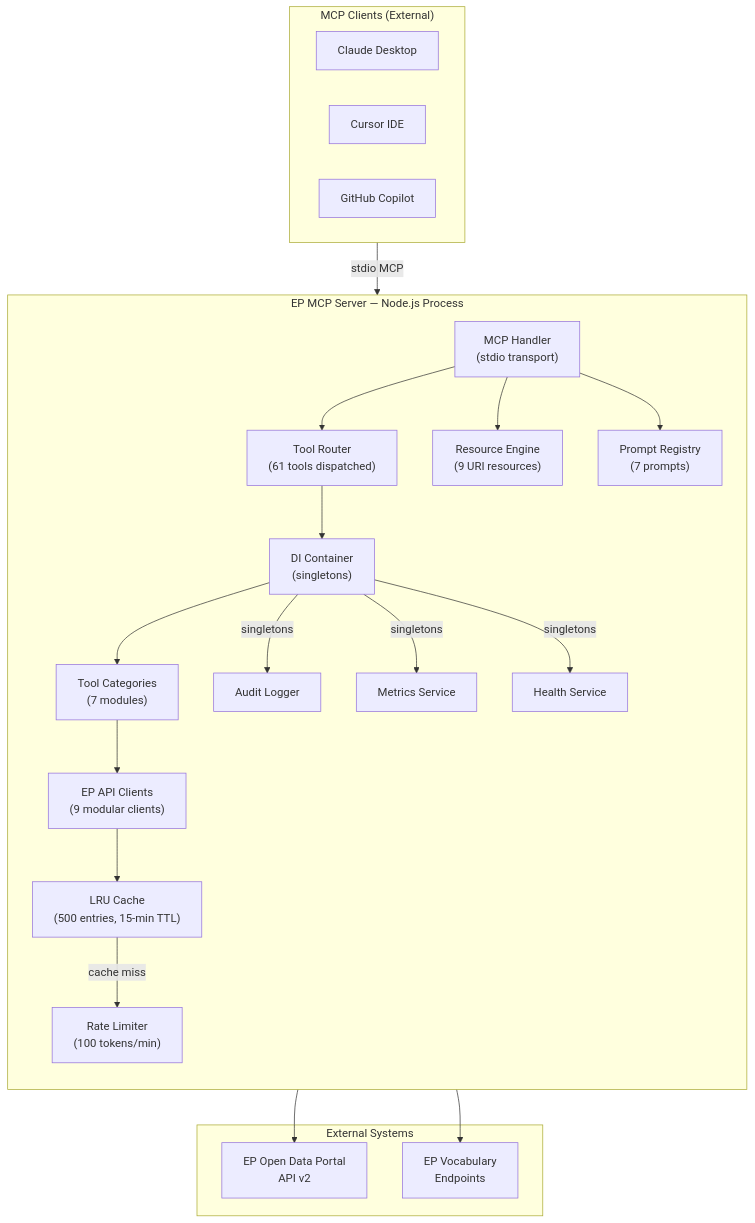
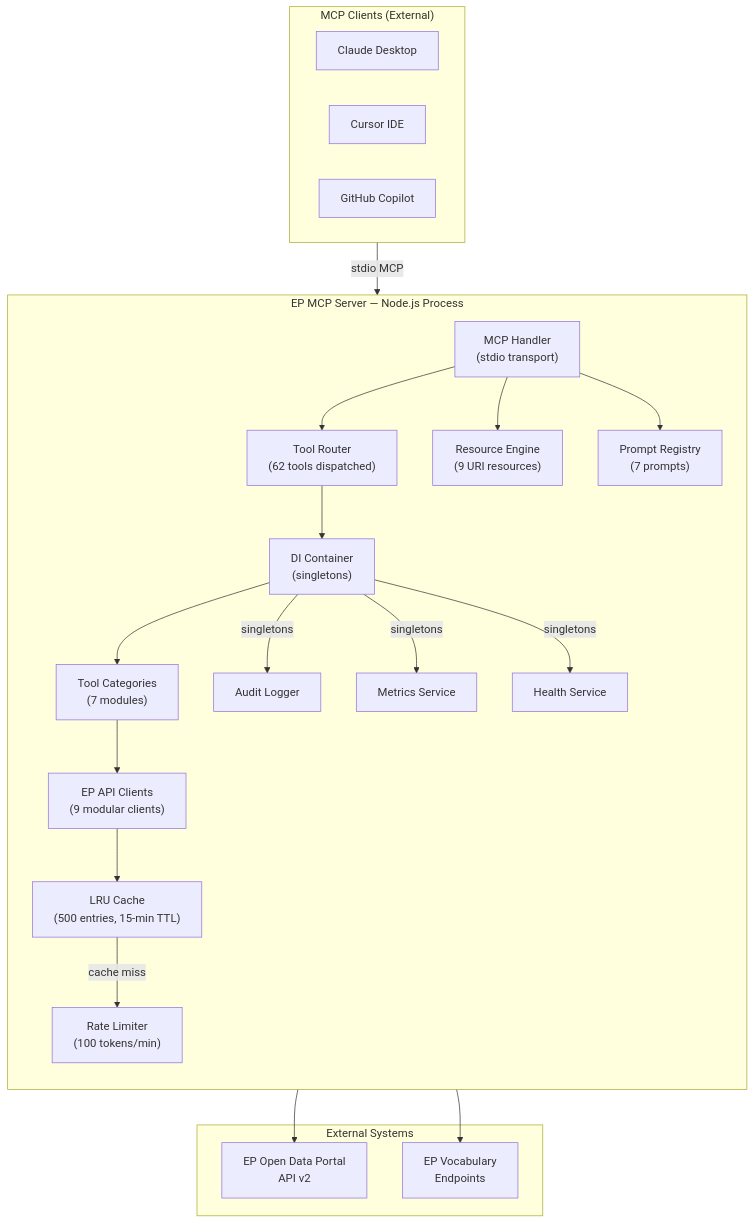
One commit to Hack23/European-Parliament-MCP-Server changed the second of 4 diagrams in api-markdown/documents/ARCHITECTURE.md. Above: the diagram before and after it, drawn with Mermaid. The commit also changed other lines of this file and 1848 other files, not shown here.

````diff
--- a/api-markdown/documents/ARCHITECTURE.md
+++ b/api-markdown/documents/ARCHITECTURE.md
@@ -109,44 +109,44 @@
 ```mermaid
 flowchart TD
     subgraph MCPClients["MCP Clients (External)"]
         CC["Claude Desktop"]
         CU["Cursor IDE"]
         CO["GitHub Copilot"]
     end
 
     subgraph EPMCPServer["EP MCP Server — Node.js Process"]
         direction TB
         MH["MCP Handler\n(stdio transport)"]
-        TR["Tool Router\n(61 tools dispatched)"]
+        TR["Tool Router\n(62 tools dispatched)"]
         RE["Resource Engine\n(9 URI resources)"]
         PR["Prompt Registry\n(7 prompts)"]
         DI["DI Container\n(singletons)"]
         TC["Tool Categories\n(7 modules)"]
         EC["EP API Clients\n(9 modular clients)"]
         CA["LRU Cache\n(500 entries, 15-min TTL)"]
         RL["Rate Limiter\n(100 tokens/min)"]
         AL["Audit Logger"]
         MS["Metrics Service"]
         HS["Health Service"]
     end
 
     subgraph ExternalSystems["External Systems"]
         EPA["EP Open Data Portal\nAPI v2"]
         EV["EP Vocabulary\nEndpoints"]
     end
 
     MCPClients -->|"stdio MCP"| MH
     MH --> TR
     MH --> RE
     MH --> PR
     TR --> DI
     DI --> TC
     TC --> EC
     EC --> CA
     CA -->|"cache miss"| RL
     RL --> EPA
     EC --> EV
     DI -->|"singletons"| AL
     DI -->|"singletons"| MS
     DI -->|"singletons"| HS
 ```
````
